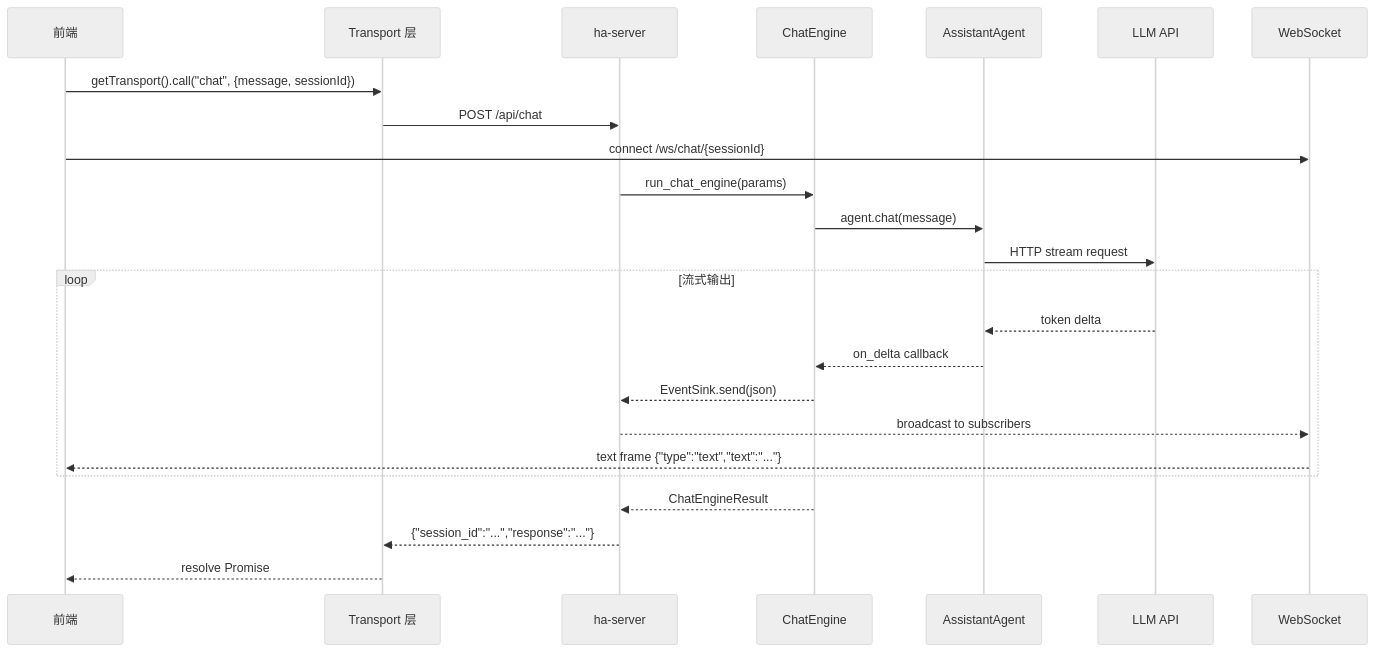
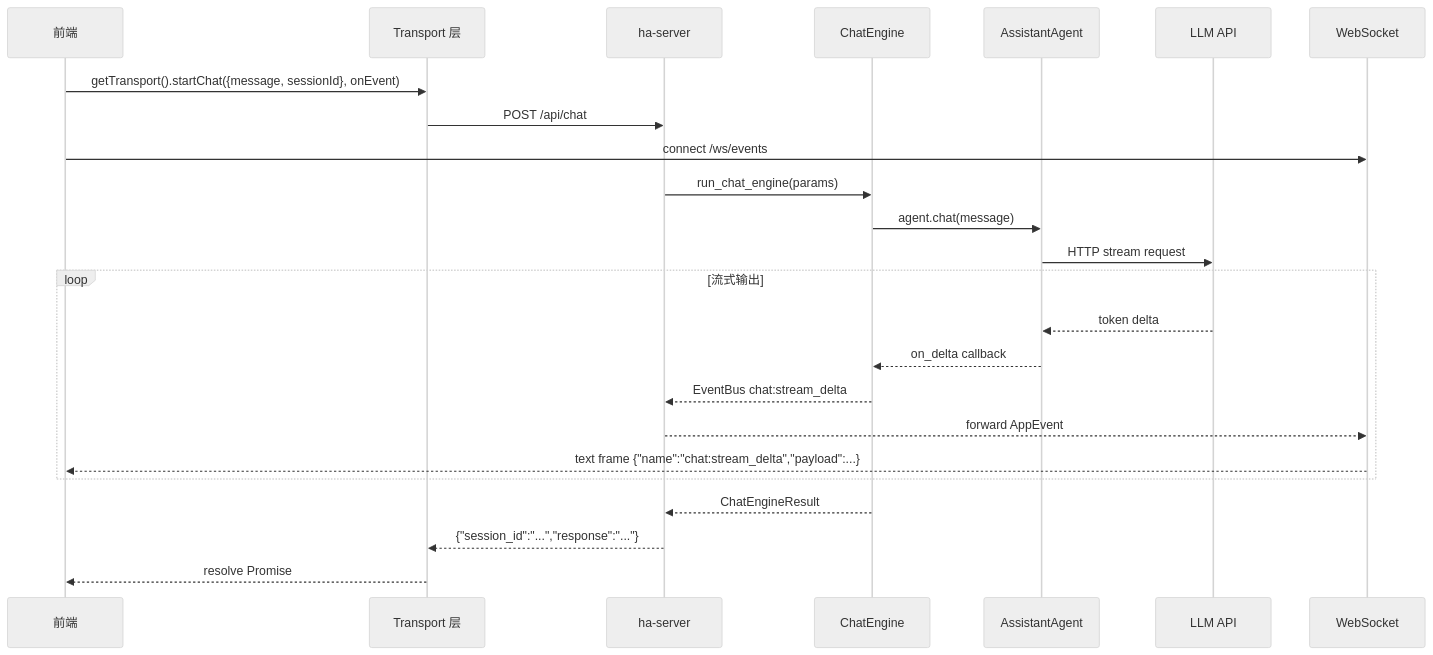
One commit to shiwenwen/hope-agent changed the ninth of 9 diagrams in docs/architecture/backend-separation.md. Above: the diagram before and after it, drawn with Mermaid (neutral theme). The commit also changed other lines of this file and 12 other files, not shown here.

Commit message:
Remove legacy per-session chat websocket

````diff
--- a/docs/architecture/backend-separation.md
+++ b/docs/architecture/backend-separation.md
@@ -510,30 +509,30 @@
 ```mermaid
 sequenceDiagram
     participant FE as 前端
     participant T as Transport 层
     participant S as ha-server
     participant CE as ChatEngine
     participant Agent as AssistantAgent
     participant LLM as LLM API
     participant WS as WebSocket
 
-    FE->>T: getTransport().call("chat", {message, sessionId})
+    FE->>T: getTransport().startChat({message, sessionId}, onEvent)
     T->>S: POST /api/chat
-    FE->>WS: connect /ws/chat/{sessionId}
+    FE->>WS: connect /ws/events
 
     S->>CE: run_chat_engine(params)
     CE->>Agent: agent.chat(message)
     Agent->>LLM: HTTP stream request
 
     loop 流式输出
         LLM-->>Agent: token delta
         Agent-->>CE: on_delta callback
-        CE-->>S: EventSink.send(json)
-        S-->>WS: broadcast to subscribers
-        WS-->>FE: text frame {"type":"text","text":"..."}
+        CE-->>S: EventBus chat:stream_delta
+        S-->>WS: forward AppEvent
+        WS-->>FE: text frame {"name":"chat:stream_delta","payload":...}
     end
 
     CE-->>S: ChatEngineResult
     S-->>T: {"session_id":"...","response":"..."}
     T-->>FE: resolve Promise
 ```
````
